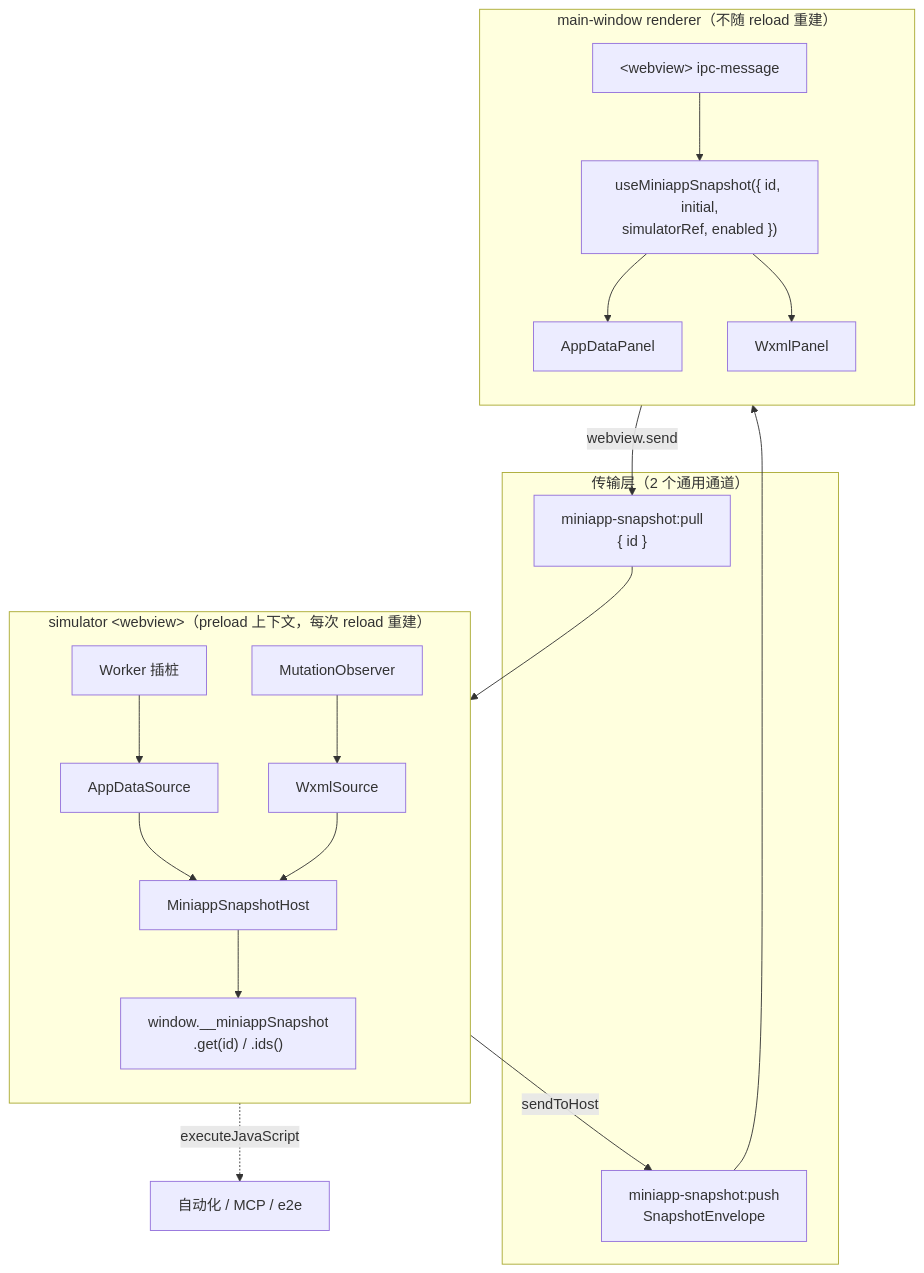
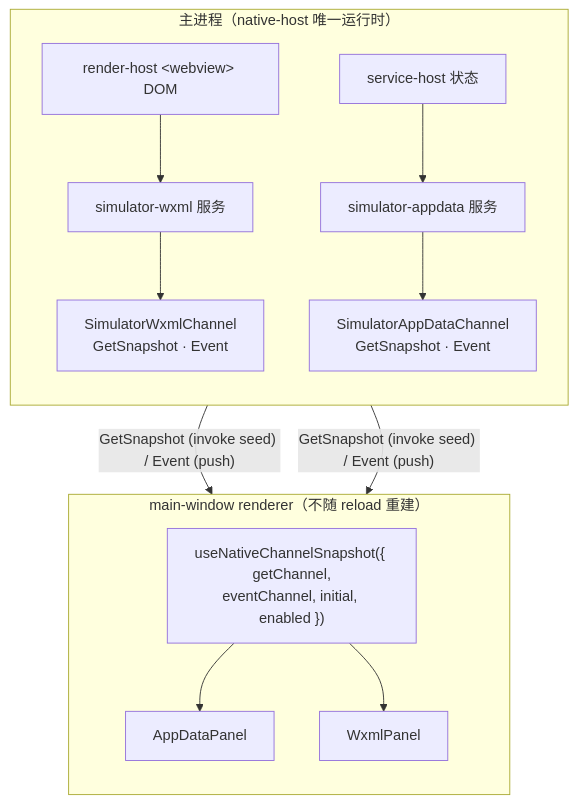
The second of 7 diagrams in packages/devtools/docs/miniapp-snapshot.md (EchoTechFE/dimina-kit), drawn with Mermaid before and after one commit. The commit also changed other lines of this file and 253 other files, not shown here.

````diff
--- a/packages/devtools/docs/miniapp-snapshot.md
+++ b/packages/devtools/docs/miniapp-snapshot.md
@@ -97,27 +99,20 @@
 ```mermaid
 flowchart TB
-  subgraph WV["simulator &lt;webview&gt;（preload 上下文，每次 reload 重建）"]
+  subgraph MAIN["主进程（native-host 唯一运行时）"]
     direction TB
-    OBS1["Worker 插桩"] --> SRC1["AppDataSource"]
-    OBS2["MutationObserver"] --> SRC2["WxmlSource"]
-    SRC1 --> HOST["MiniappSnapshotHost"]
-    SRC2 --> HOST
-    HOST --> AUTO["window.__miniappSnapshot<br/>.get(id) / .ids()"]
-  end
-
-  subgraph TRANSPORT["传输层（2 个通用通道）"]
-    PUSH["miniapp-snapshot:push<br/>SnapshotEnvelope"]
-    PULL["miniapp-snapshot:pull<br/>{ id }"]
+    OBS1["render-host &lt;webview&gt; DOM"] --> SVC1["simulator-wxml 服务"]
+    OBS2["service-host 状态"] --> SVC2["simulator-appdata 服务"]
+    SVC1 --> CH1["SimulatorWxmlChannel<br/>GetSnapshot · Event"]
+    SVC2 --> CH2["SimulatorAppDataChannel<br/>GetSnapshot · Event"]
   end
 
   subgraph RD["main-window renderer（不随 reload 重建）"]
     direction TB
-    IPC["&lt;webview&gt; ipc-message"] --> HOOK["useMiniappSnapshot({ id, initial,<br/>simulatorRef, enabled })"]
+    HOOK["useNativeChannelSnapshot({ getChannel,<br/>eventChannel, initial, enabled })"]
     HOOK --> P1["AppDataPanel"]
     HOOK --> P2["WxmlPanel"]
   end
 
-  HOST -- sendToHost --> PUSH --> IPC
-  HOOK -- "webview.send" --> PULL --> HOST
-  AUTO -. "executeJavaScript" .-> AUTOMATION["自动化 / MCP / e2e"]
+  CH1 -- "GetSnapshot (invoke seed) / Event (push)" --> HOOK
+  CH2 -- "GetSnapshot (invoke seed) / Event (push)" --> HOOK
 ```
````
